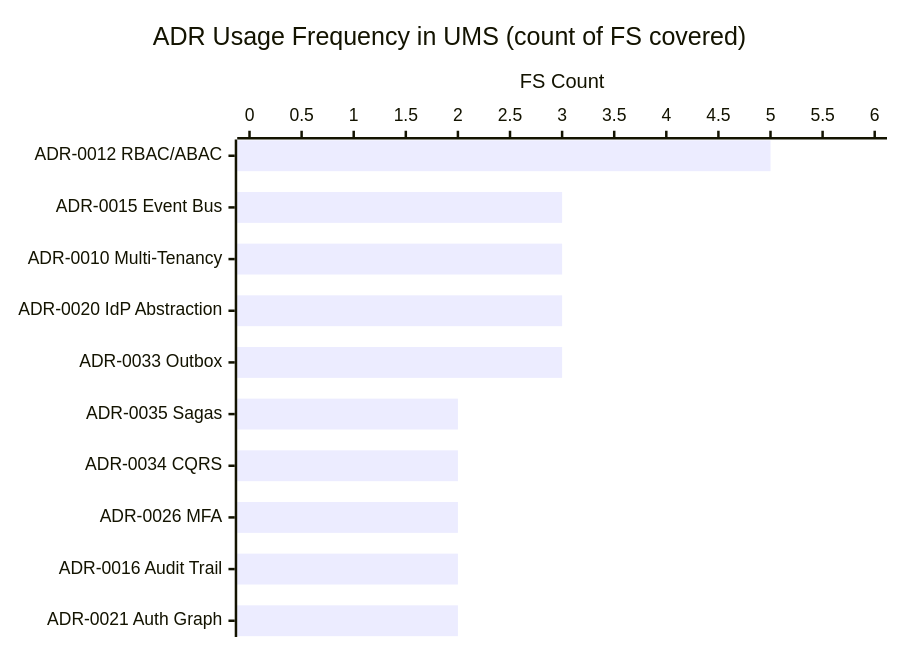
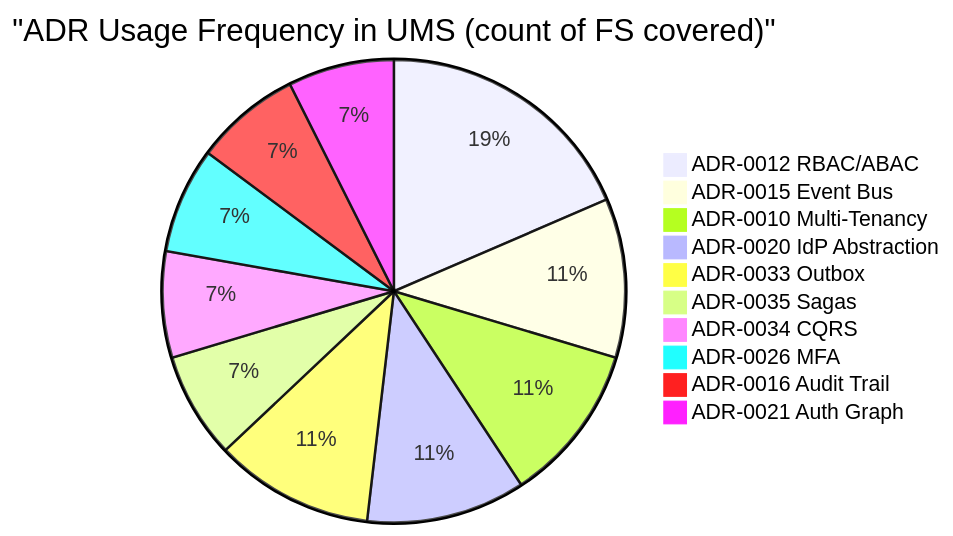
The third of 4 diagrams in reference/governance/standards/communication/visuals/v07-traceability-visual.md (beyondnetcode/evolith_arch32), drawn with Mermaid before and after one commit. The commit also changed 40 other files, not shown here.

````diff
--- a/reference/governance/standards/communication/visuals/v07-traceability-visual.md
+++ b/reference/governance/standards/communication/visuals/v07-traceability-visual.md
@@ -108,7 +108,13 @@
 ```mermaid
-xychart-beta horizontal
-    title "ADR Usage Frequency in UMS (count of FS covered)"
-    x-axis ["ADR-0012 RBAC/ABAC", "ADR-0015 Event Bus", "ADR-0010 Multi-Tenancy", "ADR-0020 IdP Abstraction", "ADR-0033 Outbox", "ADR-0035 Sagas", "ADR-0034 CQRS", "ADR-0026 MFA", "ADR-0016 Audit Trail", "ADR-0021 Auth Graph"]
-    y-axis "FS Count" 0 --> 6
-    bar [5, 3, 3, 3, 3, 2, 2, 2, 2, 2]
+pie title "ADR Usage Frequency in UMS (count of FS covered)"
+    "ADR-0012 RBAC/ABAC" : 5
+    "ADR-0015 Event Bus" : 3
+    "ADR-0010 Multi-Tenancy" : 3
+    "ADR-0020 IdP Abstraction" : 3
+    "ADR-0033 Outbox" : 3
+    "ADR-0035 Sagas" : 2
+    "ADR-0034 CQRS" : 2
+    "ADR-0026 MFA" : 2
+    "ADR-0016 Audit Trail" : 2
+    "ADR-0021 Auth Graph" : 2
 ```
````
